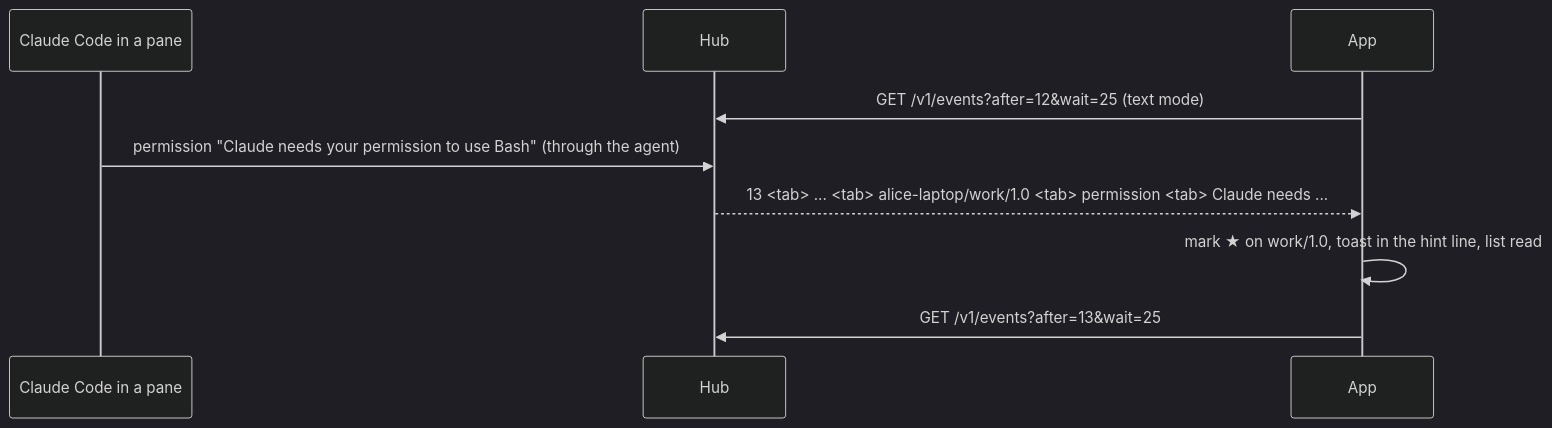
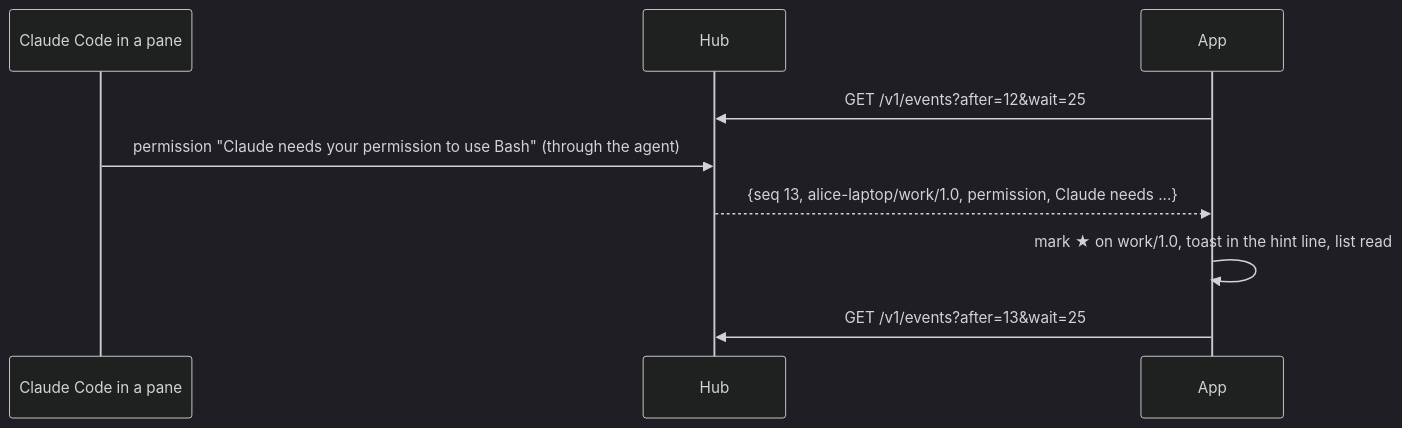
Before and after one commit to notmarkopadjen/muxway-glasses-even: the diagram in docs/features/notifications.md, drawn with Mermaid (dark theme). The commit also changed 5 other files, not shown here.

First line of the commit message:
Docs: what of the protocol is used, the install flow, Mermaid fixes

````diff
--- a/docs/features/notifications.md
+++ b/docs/features/notifications.md
@@ -7,11 +7,11 @@
 ```mermaid
 sequenceDiagram
     participant CC as Claude Code in a pane
     participant H as Hub
     participant A as App
-    A->>H: GET /v1/events?after=12&wait=25 (text mode)
+    A->>H: GET /v1/events?after=12&wait=25
     CC->>H: permission "Claude needs your permission to use Bash" (through the agent)
-    H-->>A: 13 <tab> ... <tab> alice-laptop/work/1.0 <tab> permission <tab> Claude needs ...
+    H-->>A: {seq 13, alice-laptop/work/1.0, permission, Claude needs ...}
     A->>A: mark ★ on work/1.0, toast in the hint line, list read
     A->>H: GET /v1/events?after=13&wait=25
 ```
````
